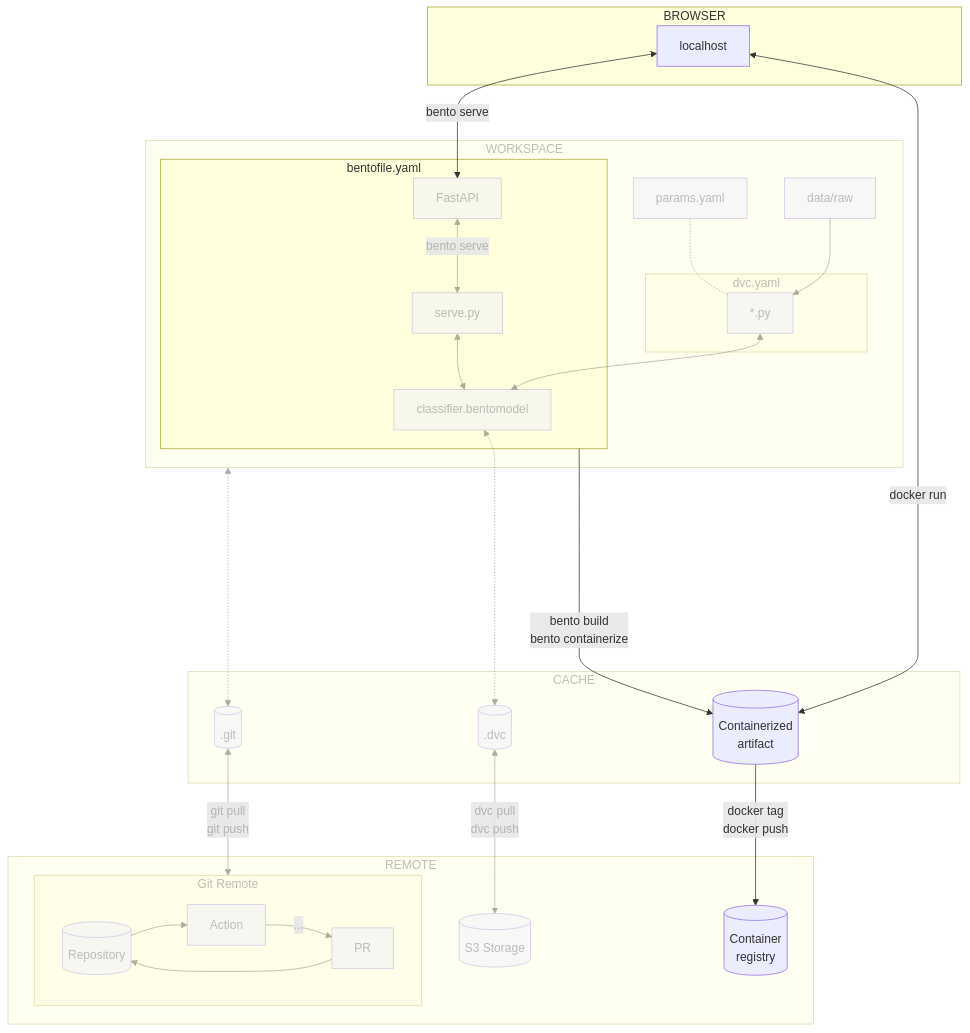
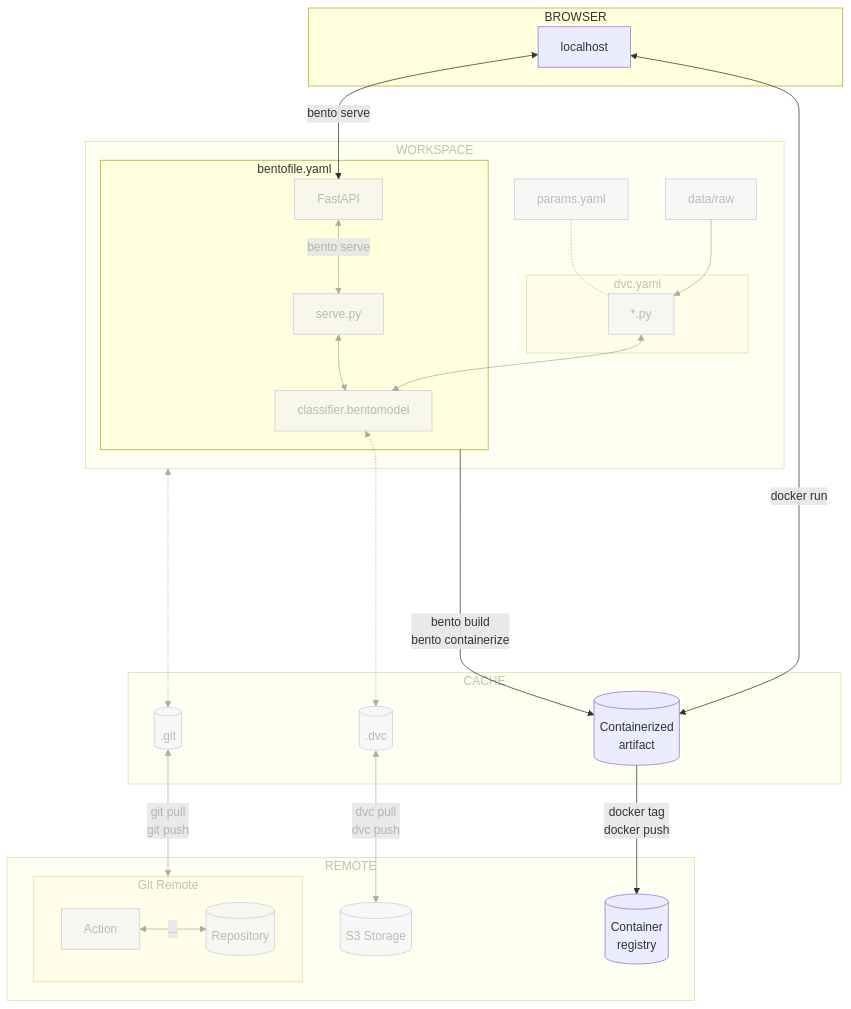
The diagram in docs/part-3-serve-and-deploy-the-model/chapter-13-build-and-publish-the-model-with-bentoml-and-docker-locally.md (swiss-ai-center/a-guide-to-mlops), drawn with Mermaid before and after one commit. The commit also changed other lines of this file and 7 other files, not shown here.

Commit message:
Fix mermaid graphs and cleanup

````diff
--- a/docs/part-3-serve-and-deploy-the-model/chapter-13-build-and-publish-the-model-with-bentoml-and-docker-locally.md
+++ b/docs/part-3-serve-and-deploy-the-model/chapter-13-build-and-publish-the-model-with-bentoml-and-docker-locally.md
@@ -24,72 +24,74 @@
 ```mermaid
 flowchart TB
-    dot_dvc[(.dvc)] <-->|dvc pull\ndvc push| s3_storage[(S3 Storage)]
-    dot_git[(.git)] <-->|git pull\ngit push| gitGraph[Git Remote]
+    dot_dvc[(.dvc)] <-->|dvc pull
+                         dvc push| s3_storage[(S3 Storage)]
+    dot_git[(.git)] <-->|git pull
+                         git push| gitGraph[Git Remote]
     workspaceGraph <-....-> dot_git
     data[data/raw]
     subgraph cacheGraph[CACHE]
         dot_dvc
         dot_git
-        bento_artifact[(Containerized\nartifact)]
+        bento_artifact[(Containerized
+                        artifact)]
     end
     subgraph remoteGraph[REMOTE]
         s3_storage
         subgraph gitGraph[Git Remote]
-            repository[(Repository)] --> action[Action]
-            action[Action] --> |...|request[PR]
-            request --> repository[(Repository)]
+            action[Action] <--> |...|repository[(Repository)]
         end
-        registry[(Container\nregistry)]
+        registry[(Container
+                  registry)]
     end
     subgraph workspaceGraph[WORKSPACE]
         data --> code[*.py]
         subgraph dvcGraph["dvc.yaml"]
             code
         end
         params[params.yaml] -.- code
         code <--> bento_model[classifier.bentomodel]
         subgraph bentoGraph[bentofile.yaml]
             bento_model
             serve[serve.py] <--> bento_model
             fastapi[FastAPI] <--> |bento serve|serve
         end
 
-        bentoGraph -->|bento build\nbento containerize| bento_artifact
+        bentoGraph -->|bento build
+                       bento containerize| bento_artifact
         bento_model <-.-> dot_dvc
-        bento_artifact -->|docker tag\ndocker push| registry
+        bento_artifact -->|docker tag
+                           docker push| registry
     end
     subgraph browserGraph[BROWSER]
         localhost <--> |docker run|bento_artifact
         localhost <--> |bento serve| fastapi
     end
 
     style workspaceGraph opacity:0.4,color:#7f7f7f80
     style dvcGraph opacity:0.4,color:#7f7f7f80
     style cacheGraph opacity:0.4,color:#7f7f7f80
     style data opacity:0.4,color:#7f7f7f80
     style dot_git opacity:0.4,color:#7f7f7f80
     style dot_dvc opacity:0.4,color:#7f7f7f80
     style code opacity:0.4,color:#7f7f7f80
     style serve opacity:0.4,color:#7f7f7f80
     style bento_model opacity:0.4,color:#7f7f7f80
     style fastapi opacity:0.4,color:#7f7f7f80
     style params opacity:0.4,color:#7f7f7f80
     style s3_storage opacity:0.4,color:#7f7f7f80
     style repository opacity:0.4,color:#7f7f7f80
     style action opacity:0.4,color:#7f7f7f80
-    style request opacity:0.4,color:#7f7f7f80
     style remoteGraph opacity:0.4,color:#7f7f7f80
     style gitGraph opacity:0.4,color:#7f7f7f80
     linkStyle 0 opacity:0.4,color:#7f7f7f80
     linkStyle 1 opacity:0.4,color:#7f7f7f80
     linkStyle 2 opacity:0.4,color:#7f7f7f80
     linkStyle 3 opacity:0.4,color:#7f7f7f80
     linkStyle 4 opacity:0.4,color:#7f7f7f80
     linkStyle 5 opacity:0.4,color:#7f7f7f80
     linkStyle 6 opacity:0.4,color:#7f7f7f80
     linkStyle 7 opacity:0.4,color:#7f7f7f80
     linkStyle 8 opacity:0.4,color:#7f7f7f80
-    linkStyle 9 opacity:0.4,color:#7f7f7f80
+
     linkStyle 10 opacity:0.4,color:#7f7f7f80
-    linkStyle 12 opacity:0.4,color:#7f7f7f80
 ```
````
